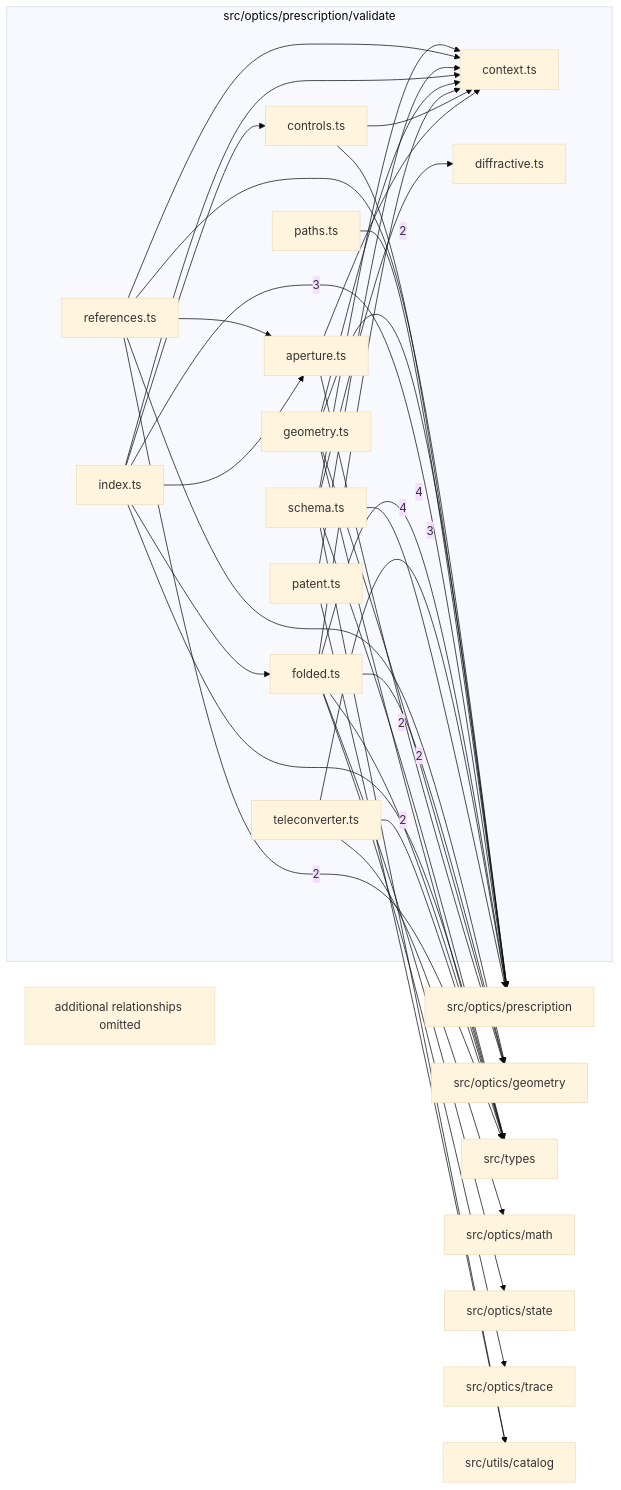
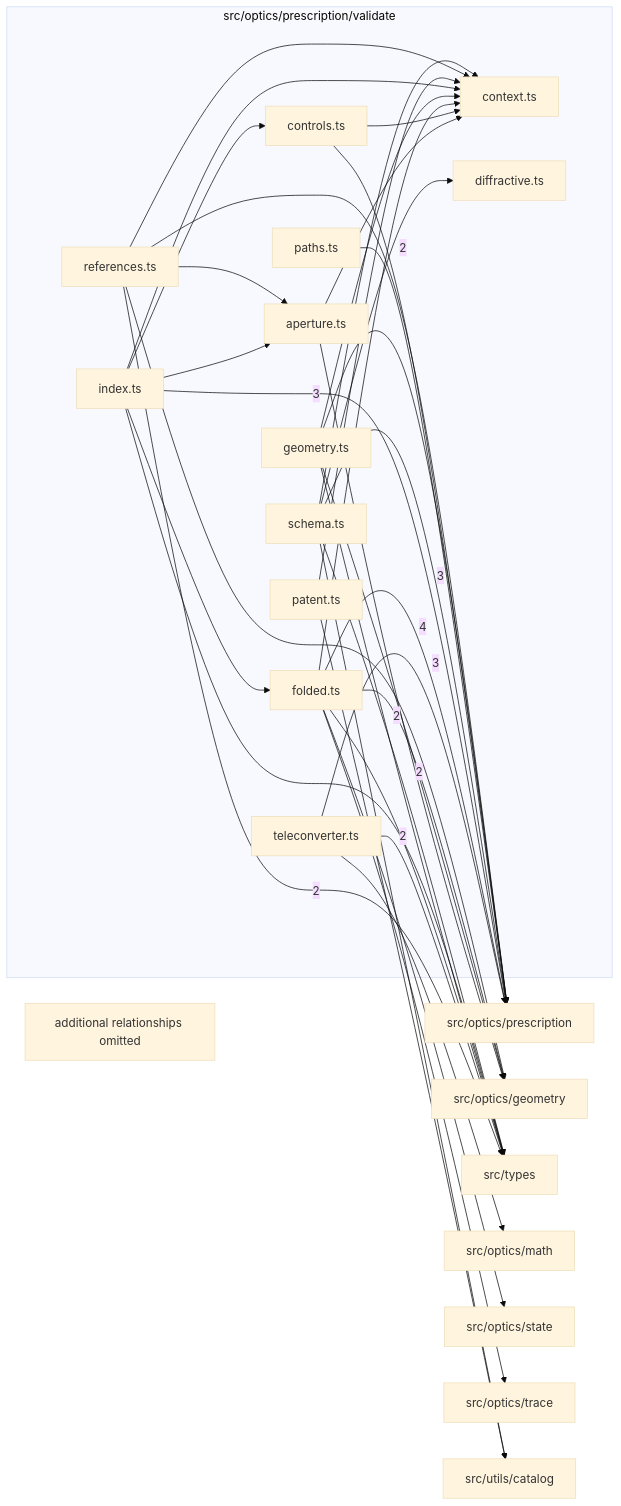
The diagram in src/optics/prescription/validate/readme.md (ronbuening/LensVisualizer), drawn with Mermaid (base theme) before and after one commit. The commit also changed other lines of this file and 52 other files, not shown here.

````diff
--- a/src/optics/prescription/validate/readme.md
+++ b/src/optics/prescription/validate/readme.md
@@ -9,61 +9,61 @@
 ```mermaid
 flowchart LR
   subgraph n_src_optics_prescription_validate["src/optics/prescription/validate"]
     n_src_optics_prescription_validate_src_optics_prescription_validate_aperture_ts["aperture.ts"]
     n_src_optics_prescription_validate_src_optics_prescription_validate_context_ts["context.ts"]
     n_src_optics_prescription_validate_src_optics_prescription_validate_controls_ts["controls.ts"]
     n_src_optics_prescription_validate_src_optics_prescription_validate_diffractive_ts["diffractive.ts"]
     n_src_optics_prescription_validate_src_optics_prescription_validate_folded_ts["folded.ts"]
     n_src_optics_prescription_validate_src_optics_prescription_validate_geometry_ts["geometry.ts"]
     n_src_optics_prescription_validate_src_optics_prescription_validate_index_ts["index.ts"]
     n_src_optics_prescription_validate_src_optics_prescription_validate_patent_ts["patent.ts"]
     n_src_optics_prescription_validate_src_optics_prescription_validate_paths_ts["paths.ts"]
     n_src_optics_prescription_validate_src_optics_prescription_validate_references_ts["references.ts"]
     n_src_optics_prescription_validate_src_optics_prescription_validate_schema_ts["schema.ts"]
     n_src_optics_prescription_validate_src_optics_prescription_validate_teleconverter_ts["teleconverter.ts"]
   end
   n_external_src_optics_prescription["src/optics/prescription"]
   n_external_src_optics_geometry["src/optics/geometry"]
   n_external_src_types["src/types"]
   n_external_src_optics_math["src/optics/math"]
   n_external_src_optics_state["src/optics/state"]
   n_external_src_optics_trace["src/optics/trace"]
   n_external_src_utils_catalog["src/utils/catalog"]
-  n_src_optics_prescription_validate_src_optics_prescription_validate_schema_ts --> |4| n_external_src_optics_prescription
   n_src_optics_prescription_validate_src_optics_prescription_validate_teleconverter_ts --> |4| n_external_src_optics_prescription
   n_src_optics_prescription_validate_src_optics_prescription_validate_folded_ts --> |3| n_external_src_optics_prescription
   n_src_optics_prescription_validate_src_optics_prescription_validate_index_ts --> |3| n_external_src_optics_prescription
+  n_src_optics_prescription_validate_src_optics_prescription_validate_schema_ts --> |3| n_external_src_optics_prescription
   n_src_optics_prescription_validate_src_optics_prescription_validate_aperture_ts --> |2| n_external_src_optics_geometry
   n_src_optics_prescription_validate_src_optics_prescription_validate_geometry_ts --> |2| n_external_src_optics_geometry
   n_src_optics_prescription_validate_src_optics_prescription_validate_paths_ts --> |2| n_external_src_optics_prescription
   n_src_optics_prescription_validate_src_optics_prescription_validate_references_ts --> |2| n_external_src_types
   n_src_optics_prescription_validate_src_optics_prescription_validate_teleconverter_ts --> |2| n_external_src_types
   n_src_optics_prescription_validate_src_optics_prescription_validate_folded_ts --> n_external_src_optics_geometry
   n_src_optics_prescription_validate_src_optics_prescription_validate_references_ts --> n_external_src_optics_geometry
   n_src_optics_prescription_validate_src_optics_prescription_validate_teleconverter_ts --> n_external_src_optics_math
   n_src_optics_prescription_validate_src_optics_prescription_validate_controls_ts --> n_external_src_optics_prescription
   n_src_optics_prescription_validate_src_optics_prescription_validate_geometry_ts --> n_external_src_optics_prescription
   n_src_optics_prescription_validate_src_optics_prescription_validate_references_ts --> n_external_src_optics_prescription
   n_src_optics_prescription_validate_src_optics_prescription_validate_folded_ts --> n_external_src_optics_state
   n_src_optics_prescription_validate_src_optics_prescription_validate_folded_ts --> n_external_src_optics_trace
   n_src_optics_prescription_validate_src_optics_prescription_validate_folded_ts --> n_external_src_types
   n_src_optics_prescription_validate_src_optics_prescription_validate_geometry_ts --> n_external_src_types
   n_src_optics_prescription_validate_src_optics_prescription_validate_index_ts --> n_external_src_types
   n_src_optics_prescription_validate_src_optics_prescription_validate_schema_ts --> n_external_src_types
   n_src_optics_prescription_validate_src_optics_prescription_validate_patent_ts --> n_external_src_utils_catalog
   n_src_optics_prescription_validate_src_optics_prescription_validate_schema_ts --> n_external_src_utils_catalog
   n_src_optics_prescription_validate_src_optics_prescription_validate_index_ts --> n_src_optics_prescription_validate_src_optics_prescription_validate_aperture_ts
   n_src_optics_prescription_validate_src_optics_prescription_validate_references_ts --> n_src_optics_prescription_validate_src_optics_prescription_validate_aperture_ts
   n_src_optics_prescription_validate_src_optics_prescription_validate_aperture_ts --> n_src_optics_prescription_validate_src_optics_prescription_validate_context_ts
   n_src_optics_prescription_validate_src_optics_prescription_validate_controls_ts --> n_src_optics_prescription_validate_src_optics_prescription_validate_context_ts
   n_src_optics_prescription_validate_src_optics_prescription_validate_folded_ts --> n_src_optics_prescription_validate_src_optics_prescription_validate_context_ts
   n_src_optics_prescription_validate_src_optics_prescription_validate_geometry_ts --> n_src_optics_prescription_validate_src_optics_prescription_validate_context_ts
   n_src_optics_prescription_validate_src_optics_prescription_validate_index_ts --> n_src_optics_prescription_validate_src_optics_prescription_validate_context_ts
   n_src_optics_prescription_validate_src_optics_prescription_validate_patent_ts --> n_src_optics_prescription_validate_src_optics_prescription_validate_context_ts
   n_src_optics_prescription_validate_src_optics_prescription_validate_references_ts --> n_src_optics_prescription_validate_src_optics_prescription_validate_context_ts
   n_src_optics_prescription_validate_src_optics_prescription_validate_schema_ts --> n_src_optics_prescription_validate_src_optics_prescription_validate_context_ts
   n_src_optics_prescription_validate_src_optics_prescription_validate_index_ts --> n_src_optics_prescription_validate_src_optics_prescription_validate_controls_ts
   n_src_optics_prescription_validate_src_optics_prescription_validate_schema_ts --> n_src_optics_prescription_validate_src_optics_prescription_validate_diffractive_ts
   n_src_optics_prescription_validate_src_optics_prescription_validate_index_ts --> n_src_optics_prescription_validate_src_optics_prescription_validate_folded_ts
   n_src_optics_prescription_validate_truncated["additional relationships omitted"]
 ```
````
